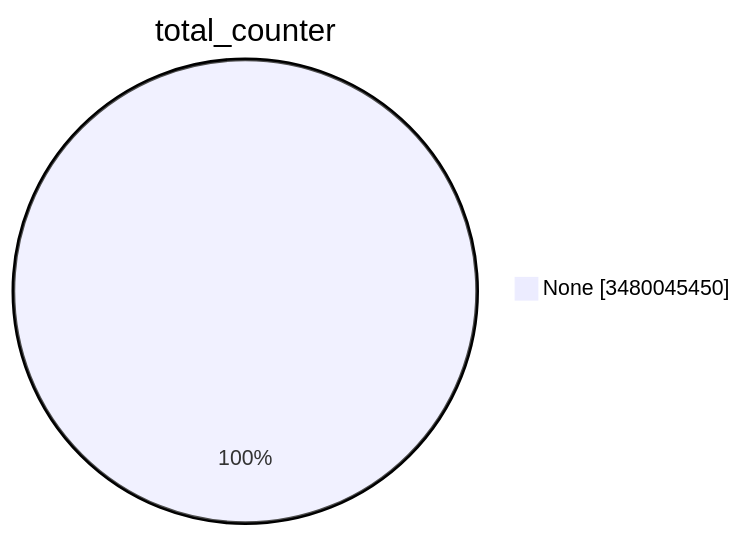
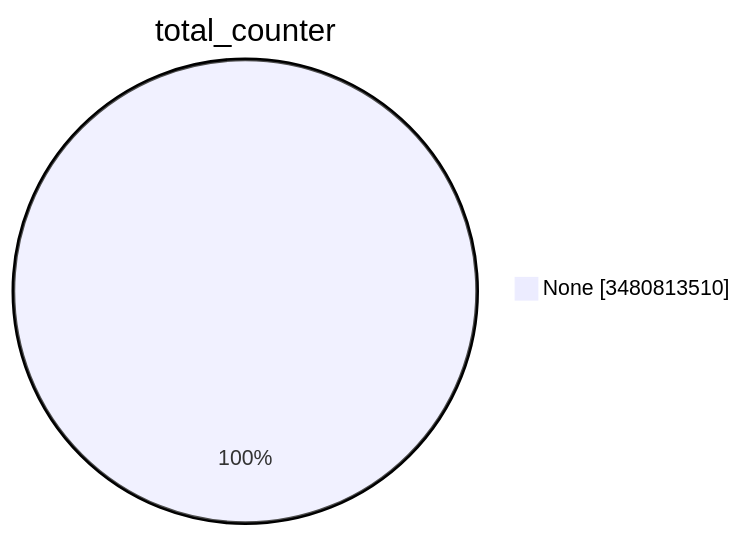
The first of 15 diagrams in TOTAL/README.md (christiankrug/ctmonitor_visualization), drawn with Mermaid before and after one commit. The commit also changed other lines of this file, not shown here.

````diff
--- a/TOTAL/README.md
+++ b/TOTAL/README.md
@@ -1,5 +1,5 @@
 ```mermaid
 pie showData
 title total_counter
-"None" :3480045450
+"None" :3480813510
 ```
````
